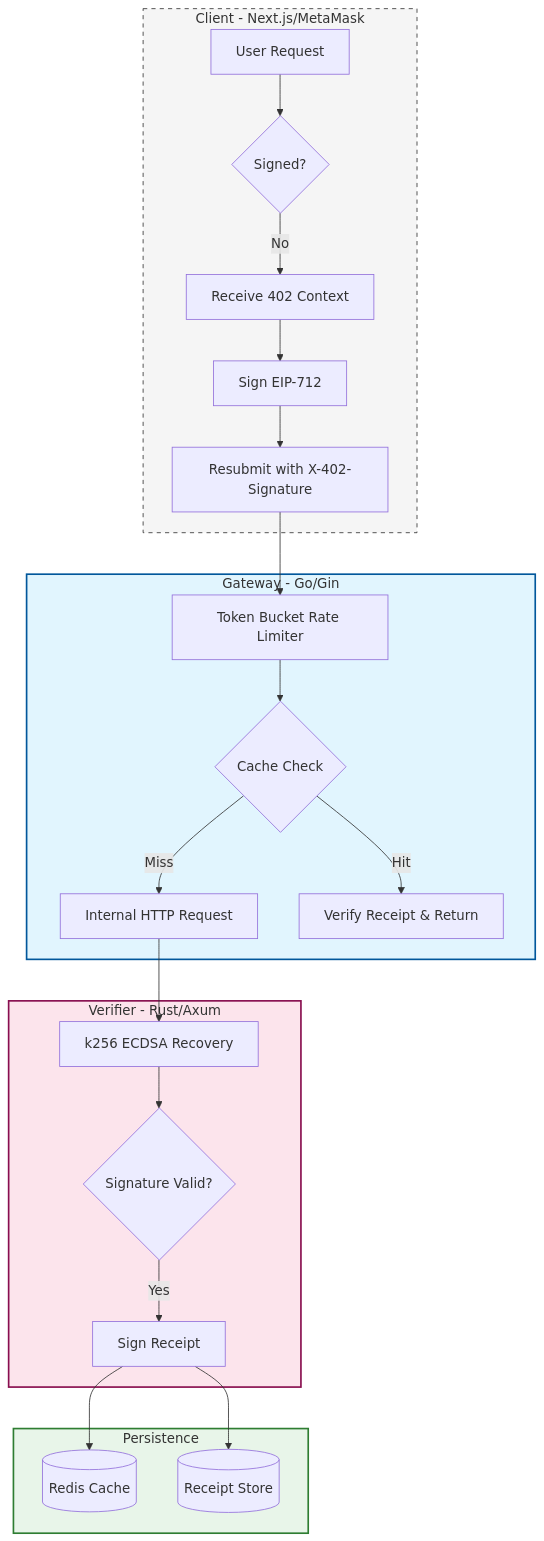
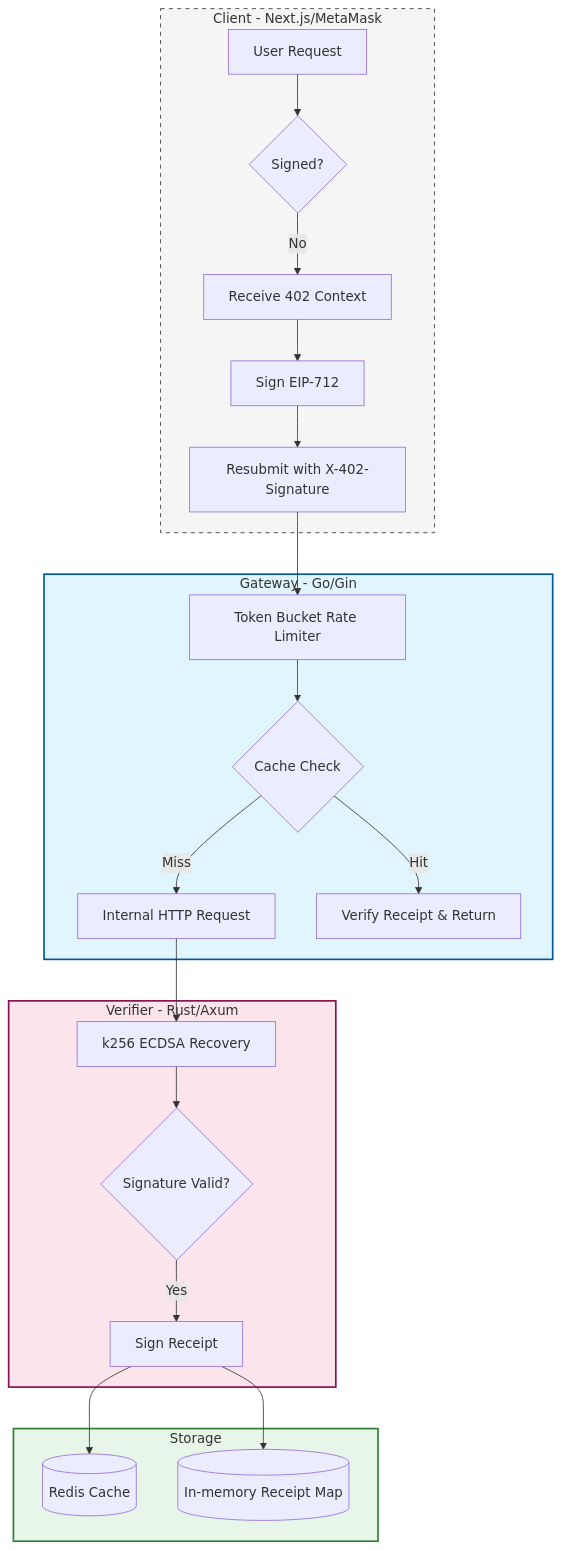
The second of 3 diagrams in README.md (AnkanMisra/MicroAI-Paygate), drawn with Mermaid before and after one commit. The commit also changed other lines of this file and 1 other file, not shown here.

````diff
--- a/README.md
+++ b/README.md
@@ -93,33 +103,33 @@
 ```mermaid
 graph TD
     subgraph Client_Layer [Client - Next.js/MetaMask]
         A[User Request] --> B{Signed?}
         B -- No --> C[Receive 402 Context]
         C --> D[Sign EIP-712]
         D --> E[Resubmit with X-402-Signature]
     end
 
     subgraph Edge_Gateway [Gateway - Go/Gin]
         E --> F[Token Bucket Rate Limiter]
         F --> G{Cache Check}
         G -- Miss --> H[Internal HTTP Request]
         G -- Hit --> I[Verify Receipt & Return]
     end
 
     subgraph Crypto_Service [Verifier - Rust/Axum]
         H --> J[k256 ECDSA Recovery]
         J --> K{Signature Valid?}
         K -- Yes --> L[Sign Receipt]
     end
 
-    subgraph Storage [Persistence]
+    subgraph Storage
         L --> M[(Redis Cache)]
-        L --> N[(Receipt Store)]
+        L --> N[(In-memory Receipt Map)]
     end
 
     %% Component Styling
     style Edge_Gateway fill:#e1f5fe,stroke:#01579b,stroke-width:2px
     style Crypto_Service fill:#fce4ec,stroke:#880e4f,stroke-width:2px
     style Storage fill:#e8f5e9,stroke:#2e7d32,stroke-width:2px
     style Client_Layer fill:#f5f5f5,stroke:#333,stroke-dasharray: 5 5
 ```
````
